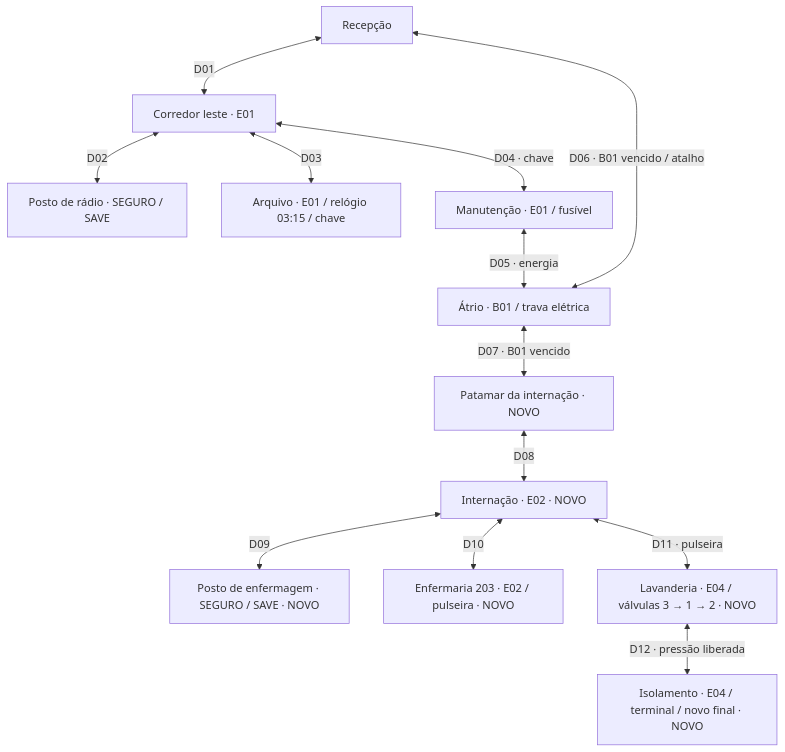
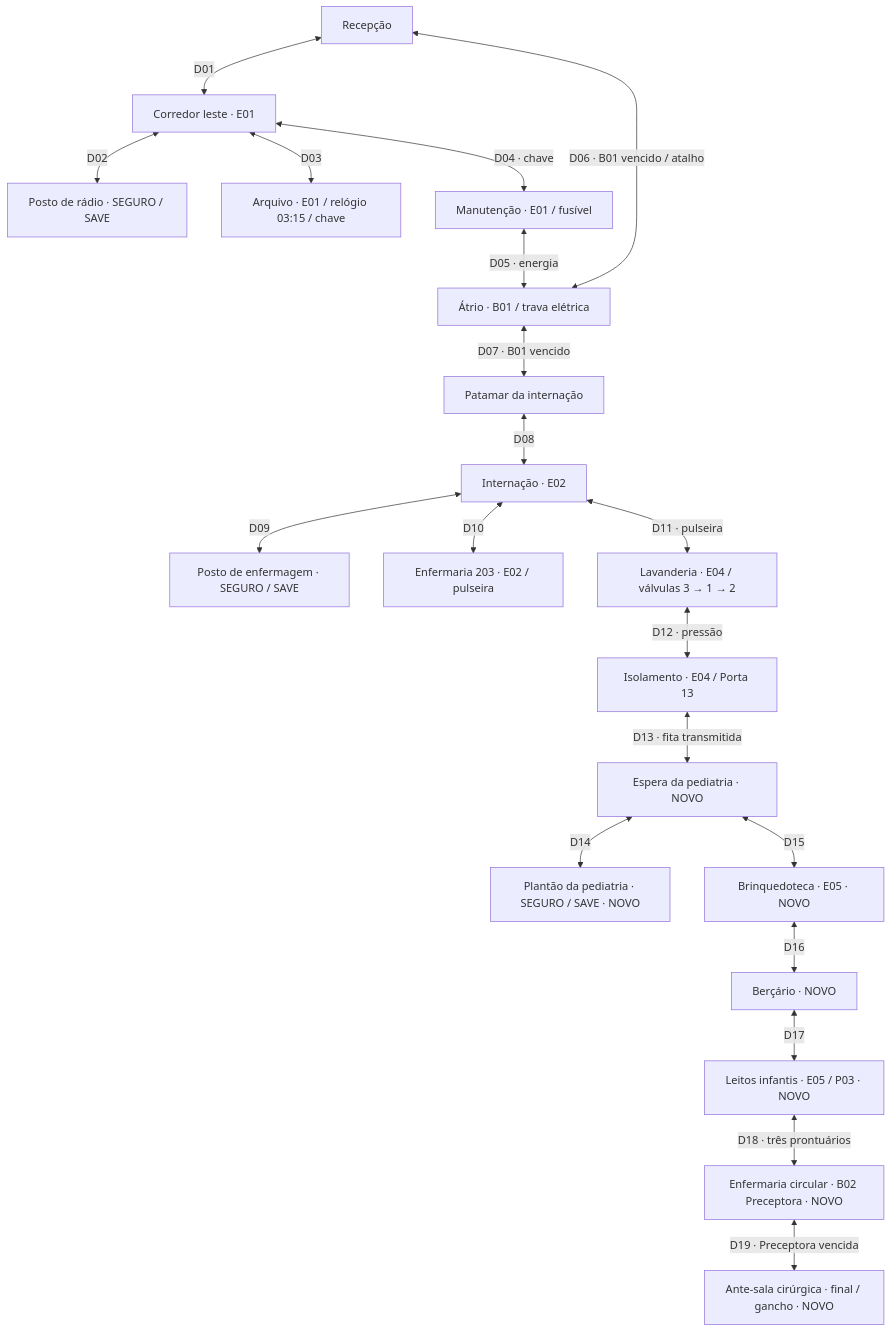
One commit to luispauloalves500/limiar-ecos-da-quarentena changed the diagram in docs/MAPA.md. Above: the diagram before and after it, drawn with Mermaid. The commit also changed other lines of this file and 2 other files, not shown here.

Commit message:
wip: MAPA e CHANGELOG da 0.7, script de capturas (checkpoint C3)

````diff
--- a/docs/MAPA.md
+++ b/docs/MAPA.md
@@ -5,15 +5,22 @@
 ```mermaid
 flowchart TD
  R[Recepção] <-->|D01| C[Corredor leste · E01]
  C <-->|D02| S[Posto de rádio · SEGURO / SAVE]
  C <-->|D03| A[Arquivo · E01 / relógio 03:15 / chave]
  C <-->|D04 · chave| G[Manutenção · E01 / fusível]
  G <-->|D05 · energia| B[Átrio · B01 / trava elétrica]
  B <-->|D06 · B01 vencido / atalho| R
- B <-->|D07 · B01 vencido| P[Patamar da internação · NOVO]
- P <-->|D08| I[Internação · E02 · NOVO]
- I <-->|D09| S2[Posto de enfermagem · SEGURO / SAVE · NOVO]
- I <-->|D10| E[Enfermaria 203 · E02 / pulseira · NOVO]
- I <-->|D11 · pulseira| L[Lavanderia · E04 / válvulas 3 → 1 → 2 · NOVO]
- L <-->|D12 · pressão liberada| X[Isolamento · E04 / terminal / novo final · NOVO]
+ B <-->|D07 · B01 vencido| P[Patamar da internação]
+ P <-->|D08| I[Internação · E02]
+ I <-->|D09| S2[Posto de enfermagem · SEGURO / SAVE]
+ I <-->|D10| E[Enfermaria 203 · E02 / pulseira]
+ I <-->|D11 · pulseira| L[Lavanderia · E04 / válvulas 3 → 1 → 2]
+ L <-->|D12 · pressão| X[Isolamento · E04 / Porta 13]
+ X <-->|D13 · fita transmitida| W[Espera da pediatria · NOVO]
+ W <-->|D14| S3[Plantão da pediatria · SEGURO / SAVE · NOVO]
+ W <-->|D15| Y[Brinquedoteca · E05 · NOVO]
+ Y <-->|D16| N[Berçário · NOVO]
+ N <-->|D17| T[Leitos infantis · E05 / P03 · NOVO]
+ T <-->|D18 · três prontuários| Q[Enfermaria circular · B02 Preceptora · NOVO]
+ Q <-->|D19 · Preceptora vencida| V[Ante-sala cirúrgica · final / gancho · NOVO]
 ```
````
